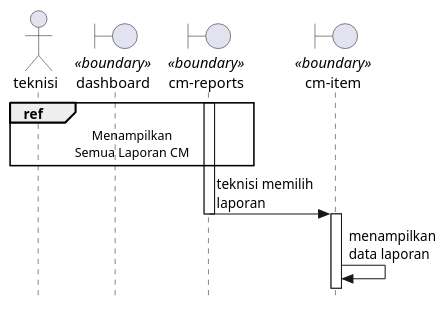
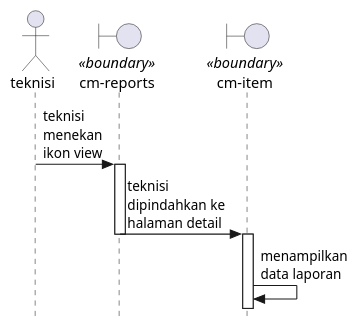
The second of 4 diagrams in Docs/diagrams/sequence/CmReport.plantuml (KPL-slur/eec-sifse-fixed), drawn with PlantUML before and after one commit. The commit also changed other lines of this file and 19 other files, not shown here.

```diff
--- a/Docs/diagrams/sequence/CmReport.plantuml
+++ b/Docs/diagrams/sequence/CmReport.plantuml
@@ -59,18 +58,16 @@
 @startuml viewCM
 
 skinparam style strictuml
 
 actor teknisi
-boundary dashboard <<boundary>>
 boundary "cm-reports" as cm <<boundary>>
 boundary "cm-item" as cmItem <<boundary>>
 
-ref over teknisi, cm : Menampilkan\nSemua Laporan CM
-
-activate cm
-cm -> cmItem : teknisi memilih\nlaporan
+teknisi -> cm : teknisi\nmenekan\nikon view
+    activate cm
+cm -> cmItem : teknisi\ndipindahkan ke\nhalaman detail
     deactivate cm
     activate cmItem
 cmItem -> cmItem : menampilkan\ndata laporan
 
 @enduml
```
